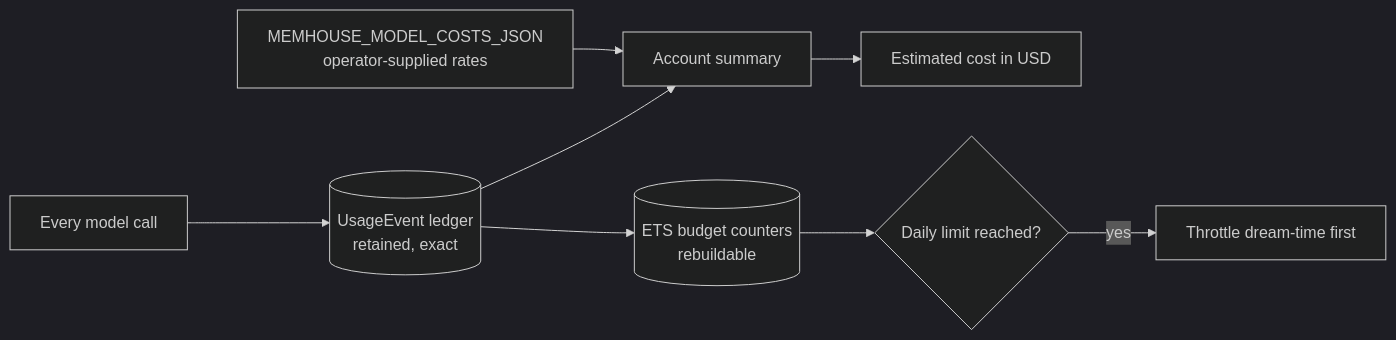
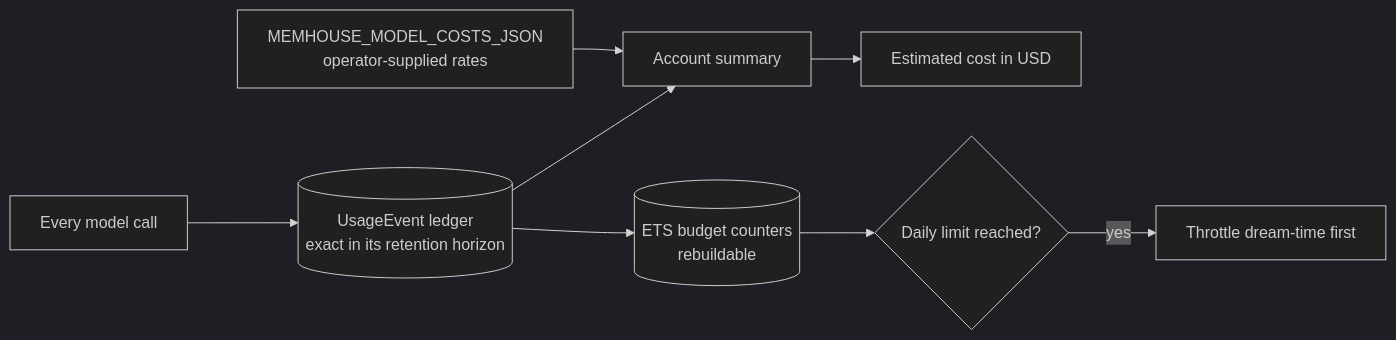
One commit to memhousehq/memhouse changed the diagram in docs/operations/health-and-costs.md. Above: the diagram before and after it, drawn with Mermaid (dark theme). The commit also changed other lines of this file and 10 other files, not shown here.

````diff
--- a/docs/operations/health-and-costs.md
+++ b/docs/operations/health-and-costs.md
@@ -94,10 +94,10 @@
 ```mermaid
 flowchart LR
-    CALL[Every model call] --> UE[(UsageEvent ledger<br/>retained, exact)]
+    CALL[Every model call] --> UE[(UsageEvent ledger<br/>exact in its retention horizon)]
     UE --> SUM[Account summary]
     RATES["MEMHOUSE_MODEL_COSTS_JSON<br/>operator-supplied rates"] --> SUM
     SUM --> OUT[Estimated cost in USD]
     UE --> ETS[(ETS budget counters<br/>rebuildable)]
     ETS --> ADM{Daily limit reached?}
     ADM -->|yes| TH["Throttle dream-time first"]
 ```
````
